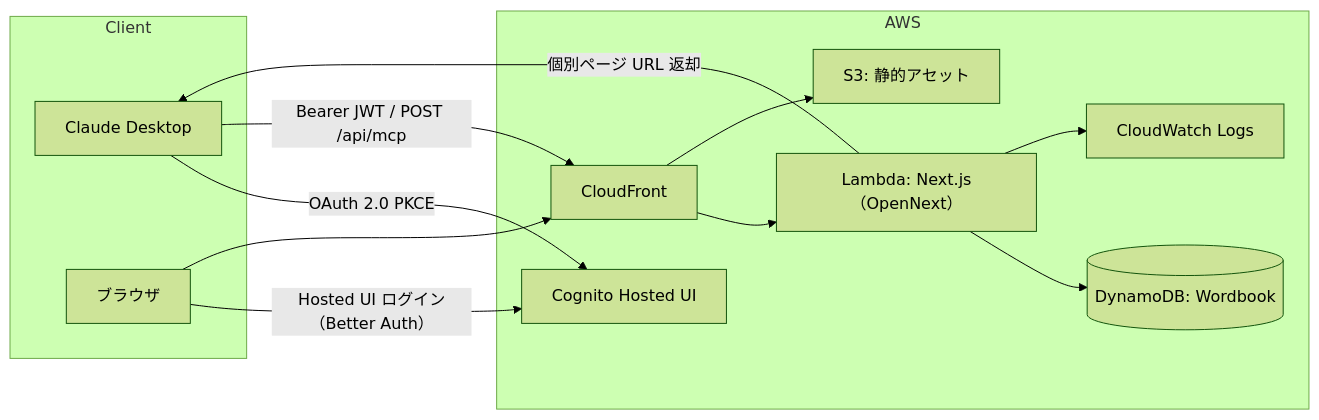
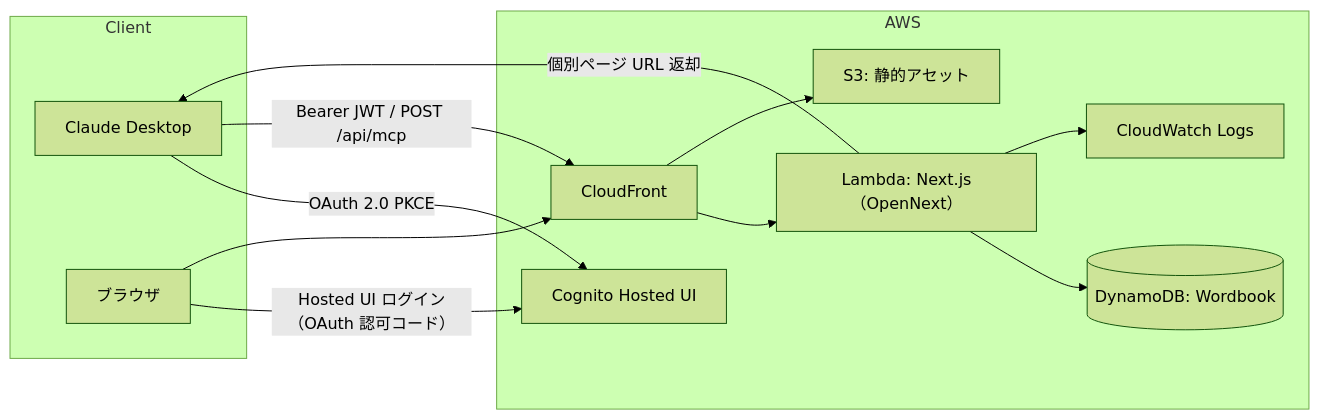
One commit to ANTON072/AI-Wordbook changed the first of 5 diagrams in docs/002_functional-design.md. Above: the diagram before and after it, drawn with Mermaid (forest theme). The commit also changed other lines of this file and 8 other files, not shown here.

````diff
--- a/docs/002_functional-design.md
+++ b/docs/002_functional-design.md
@@ -17,22 +17,22 @@
 ```mermaid
 graph LR
   subgraph Client
     CD[Claude Desktop]
     BR[ブラウザ]
   end
   subgraph AWS
     CF[CloudFront]
     NEXT[Lambda: Next.js（OpenNext）]
     S3[S3: 静的アセット]
     COG[Cognito Hosted UI]
     DDB[(DynamoDB: Wordbook)]
     CW[CloudWatch Logs]
   end
   CD -->|OAuth 2.0 PKCE| COG
   CD -->|Bearer JWT / POST /api/mcp| CF --> NEXT --> DDB
   NEXT -->|個別ページ URL 返却| CD
-  BR -->|Hosted UI ログイン（Better Auth）| COG
+  BR -->|Hosted UI ログイン（OAuth 認可コード）| COG
   BR --> CF
   CF --> S3
   NEXT --> CW
 ```
````
